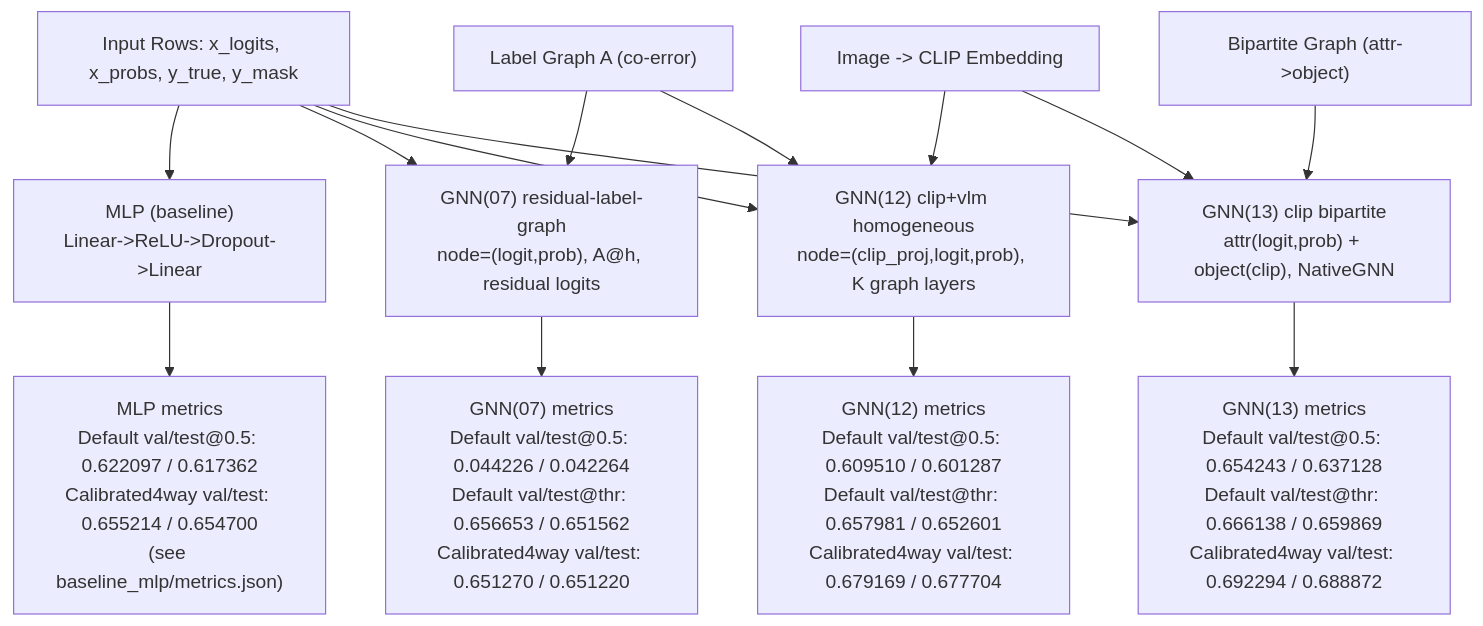
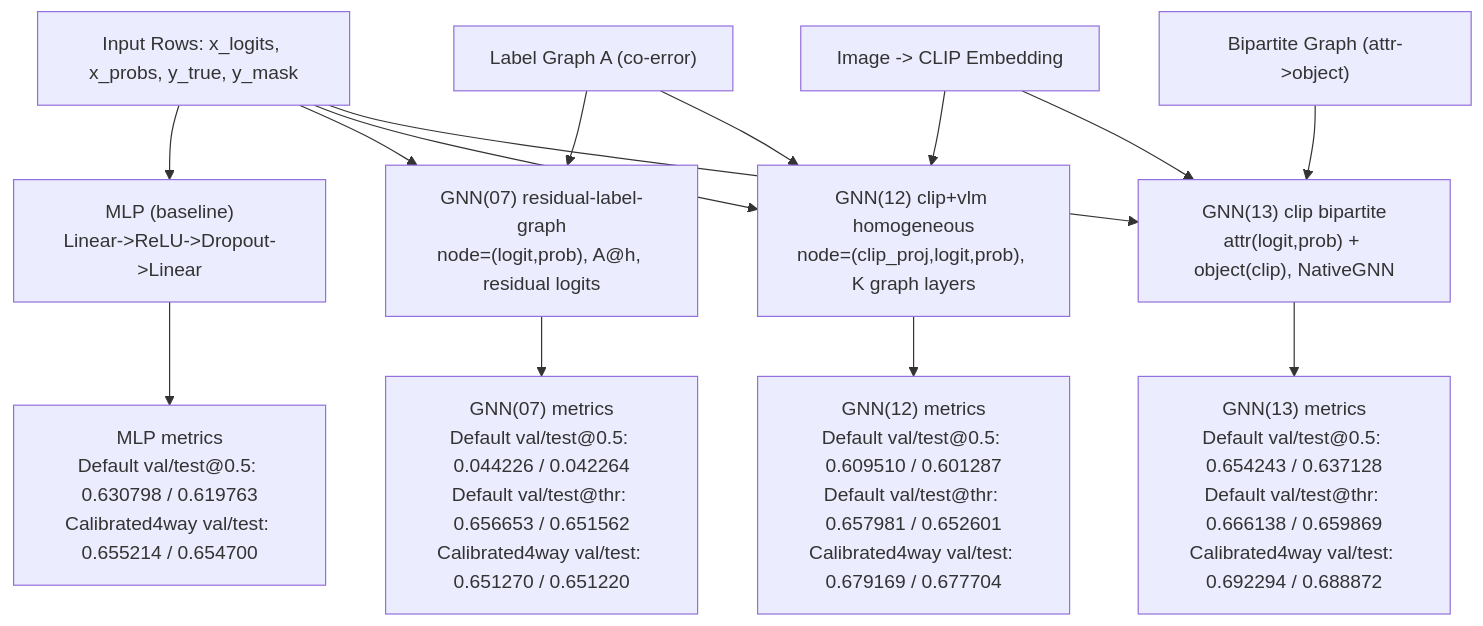
Before and after one commit to mehtashish778/gnn-adapter: the diagram in README.md, drawn with Mermaid. The commit also changed 13 other files, not shown here.

````diff
--- a/README.md
+++ b/README.md
@@ -20,23 +20,23 @@
 ```mermaid
 flowchart TD
     InputRows["Input Rows: x_logits, x_probs, y_true, y_mask"]
     ClipImage["Image -> CLIP Embedding"]
     LabelGraph["Label Graph A (co-error)"]
     BipartiteGraph["Bipartite Graph (attr->object)"]
 
     InputRows --> MLPBaseline["MLP (baseline)\nLinear->ReLU->Dropout->Linear"]
     InputRows --> GNN07["GNN(07) residual-label-graph\nnode=(logit,prob), A@h, residual logits"]
     InputRows --> GNN12["GNN(12) clip+vlm homogeneous\nnode=(clip_proj,logit,prob), K graph layers"]
     InputRows --> GNN13["GNN(13) clip bipartite\nattr(logit,prob) + object(clip), NativeGNN"]
 
     ClipImage --> GNN12
     ClipImage --> GNN13
     LabelGraph --> GNN07
     LabelGraph --> GNN12
     BipartiteGraph --> GNN13
 
-    MLPBaseline --> MLPMetrics["MLP metrics\nDefault val/test@0.5: 0.622097 / 0.617362\nCalibrated4way val/test: 0.655214 / 0.654700\n(see baseline_mlp/metrics.json)"]
+    MLPBaseline --> MLPMetrics["MLP metrics\nDefault val/test@0.5: 0.630798 / 0.619763\nCalibrated4way val/test: 0.655214 / 0.654700"]
     GNN07 --> GNN07Metrics["GNN(07) metrics\nDefault val/test@0.5: 0.044226 / 0.042264\nDefault val/test@thr: 0.656653 / 0.651562\nCalibrated4way val/test: 0.651270 / 0.651220"]
     GNN12 --> GNN12Metrics["GNN(12) metrics\nDefault val/test@0.5: 0.609510 / 0.601287\nDefault val/test@thr: 0.657981 / 0.652601\nCalibrated4way val/test: 0.679169 / 0.677704"]
     GNN13 --> GNN13Metrics["GNN(13) metrics\nDefault val/test@0.5: 0.654243 / 0.637128\nDefault val/test@thr: 0.666138 / 0.659869\nCalibrated4way val/test: 0.692294 / 0.688872"]
 ```
````
